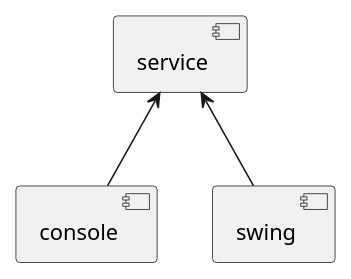
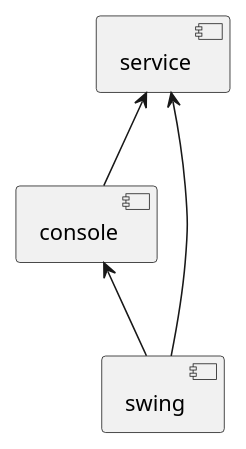
Before and after one commit to greifentor/service-monitor: the diagram in documentation/modules.plantuml, drawn with PlantUML. The commit also changed 10 other files, not shown here.

```diff
--- a/documentation/modules.plantuml
+++ b/documentation/modules.plantuml
@@ -1,13 +1,14 @@
 @startuml
 
 [console]
 
 [service]
 
 [swing]
 
 [console] -UP-> [service]
 
 [swing] -UP-> [service]
+[swing] -UP-> [console]
 
 @enduml
```
